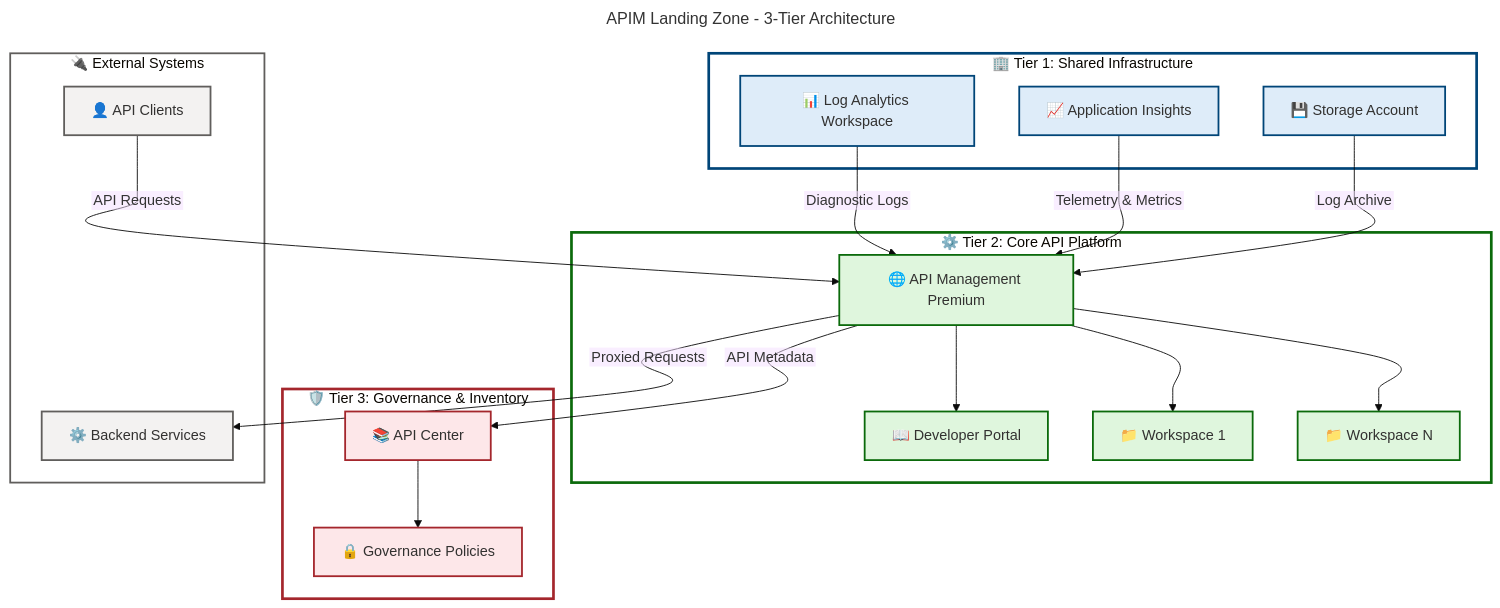
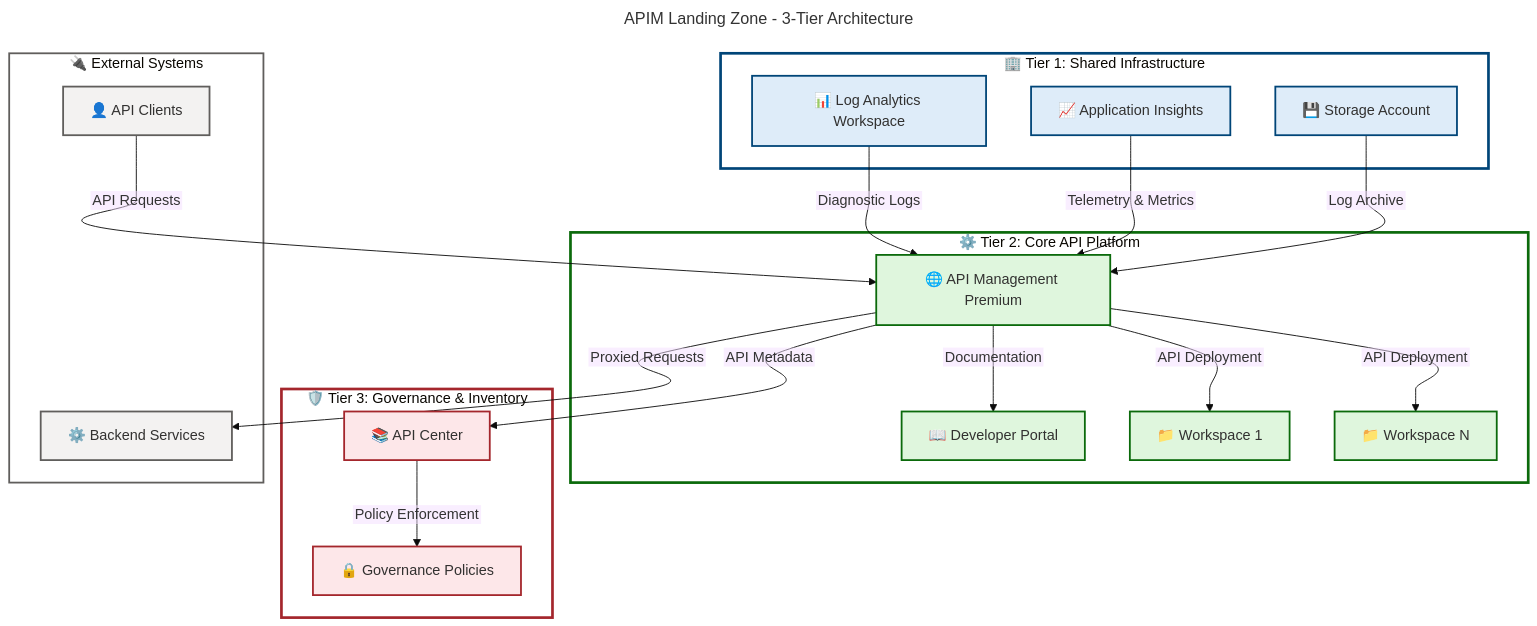
Before and after one commit to Evilazaro/APIM-Accelerator: the diagram in README.md, drawn with Mermaid.

Commit message:
Enhance flowchart in README.md with descriptive labels for API interactions and documentation.

```diff
--- a/README.md
+++ b/README.md
@@ -141,9 +141,9 @@
         WS1["📁 Workspace 1"]:::azureGreen
         WS2["📁 Workspace N"]:::azureGreen
 
-        APIM --> DEV
-        APIM --> WS1
-        APIM --> WS2
+        APIM -->|"Documentation"| DEV
+        APIM -->|"API Deployment"| WS1
+        APIM -->|"API Deployment"| WS2
     end
 
     %% Tier 3: Governance & Inventory
@@ -151,7 +151,7 @@
         APIC["📚 API Center"]:::azureOrange
         GOV["🔒 Governance Policies"]:::azureOrange
 
-        APIC --> GOV
+        APIC -->|"Policy Enforcement"| GOV
     end
 
     %% External Systems Integration
```
